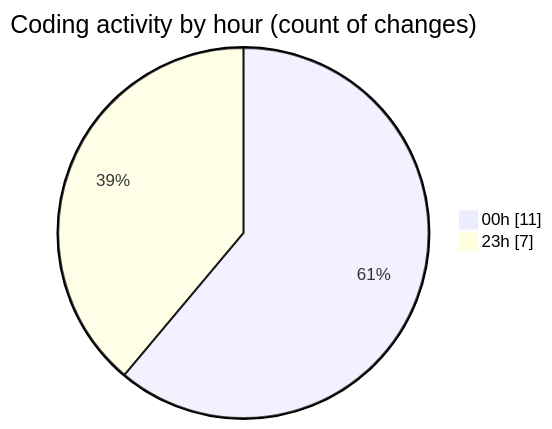
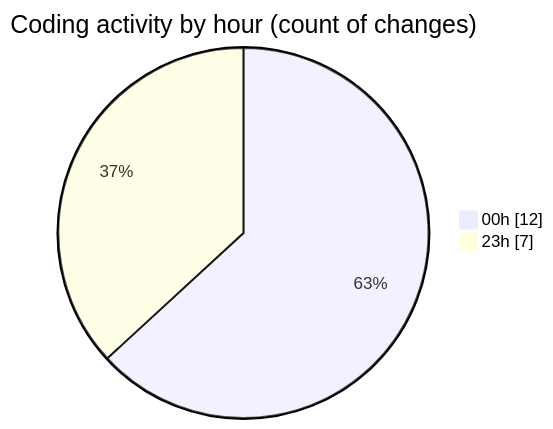
The second of 2 diagrams in 2025-08-12/rentotp/README.md (lephambinh05/code-tracking), drawn with Mermaid before and after one commit. The commit also changed other lines of this file and 1 other file, not shown here.

````diff
--- a/2025-08-12/rentotp/README.md
+++ b/2025-08-12/rentotp/README.md
@@ -32,6 +33,6 @@
 ```mermaid
 pie showData
 title Coding activity by hour (count of changes)
-"00h" : 11
+"00h" : 12
 "23h" : 7
 ```
````
